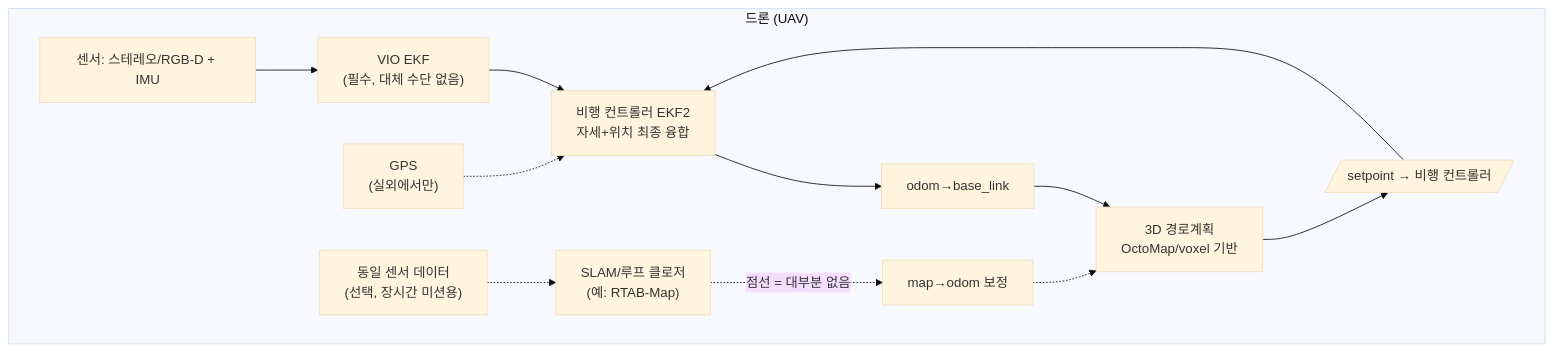
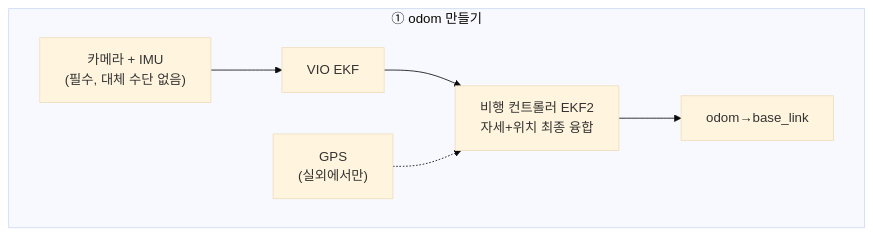
The fourth of 6 diagrams in 7_드론 적용 Part E/E0_지상로봇과_드론은_무엇이_다른가.md (codebaragi23/ROS2-doc), drawn with Mermaid (base theme) before and after one commit. The commit also changed other lines of this file, not shown here.

First line of the commit message:
fix: E0 다이어그램을 odom/map/경로계획 3단계로 분리, 지상로봇-드론 블록명 통일

````diff
--- a/7_드론 적용 Part E/E0_지상로봇과_드론은_무엇이_다른가.md
+++ b/7_드론 적용 Part E/E0_지상로봇과_드론은_무엇이_다른가.md
@@ -82,21 +100,12 @@
 ```mermaid
 flowchart TB
-    subgraph AIR["드론 (UAV)"]
-        AS[센서: 스테레오/RGB-D + IMU] --> AVIO["VIO EKF
-(필수, 대체 수단 없음)"]
+    subgraph AIR1["① odom 만들기"]
+        AC["카메라 + IMU
+(필수, 대체 수단 없음)"] --> AVIO[VIO EKF]
         AVIO --> AFC["비행 컨트롤러 EKF2
 자세+위치 최종 융합"]
         AGPS["GPS
 (실외에서만)"] -.-> AFC
         AFC --> AODOM[odom→base_link]
-        AS2["동일 센서 데이터
-(선택, 장시간 미션용)"] -.-> AMAP["SLAM/루프 클로저
-(예: RTAB-Map)"]
-        AMAP -.점선 = 대부분 없음.-> AMAPODOM[map→odom 보정]
-        AODOM --> ANAV[3D 경로계획
-OctoMap/voxel 기반]
-        AMAPODOM -.-> ANAV
-        ANAV --> ASP[/setpoint → 비행 컨트롤러/]
-        ASP --> AFC
     end
 ```
````
